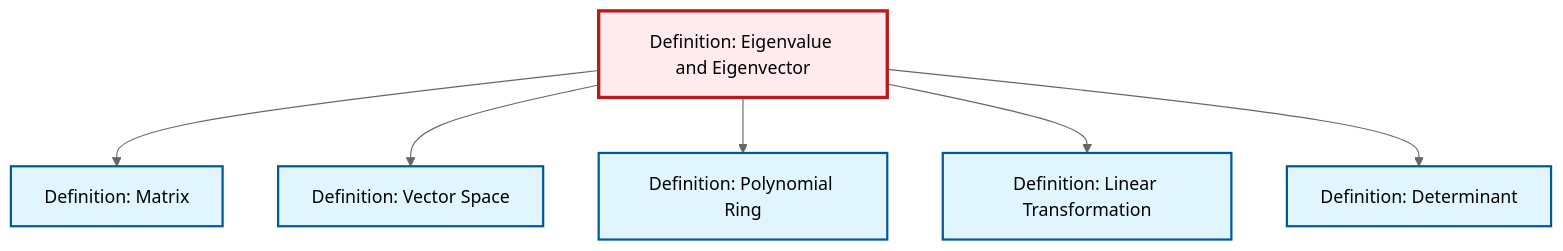
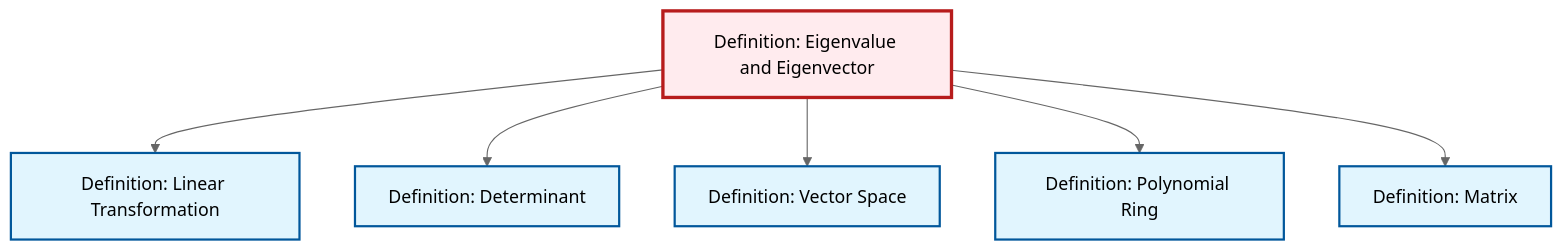
Before and after one commit to RK0429/ModernMath: the diagram in content/ja/algebra/def-eigenvalue-eigenvector.qmd, drawn with Mermaid (neutral theme). The commit also changed other lines of this file and 634 other files, not shown here.

````diff
--- a/content/ja/algebra/def-eigenvalue-eigenvector.qmd
+++ b/content/ja/algebra/def-eigenvalue-eigenvector.qmd
@@ -77,26 +77,26 @@
 ```{mermaid}
 %%| fig-cap: "Local dependency graph"
 graph TD
     classDef definition fill:#e1f5fe,stroke:#01579b,stroke-width:2px
     classDef theorem fill:#f3e5f5,stroke:#4a148c,stroke-width:2px
     classDef axiom fill:#fff3e0,stroke:#e65100,stroke-width:2px
     classDef example fill:#e8f5e9,stroke:#1b5e20,stroke-width:2px
     classDef current fill:#ffebee,stroke:#b71c1c,stroke-width:3px
+    def-eigenvalue-eigenvector["Definition: Eigenvalue and Eigenvector"]:::definition
     def-determinant["Definition: Determinant"]:::definition
-    def-eigenvalue-eigenvector["Definition: Eigenvalue and Eigenvector"]:::definition
     def-linear-transformation["Definition: Linear Transformation"]:::definition
-    def-polynomial-ring["Definition: Polynomial Ring"]:::definition
     def-matrix["Definition: Matrix"]:::definition
     def-vector-space["Definition: Vector Space"]:::definition
-    def-eigenvalue-eigenvector --> def-matrix
+    def-polynomial-ring["Definition: Polynomial Ring"]:::definition
+    def-eigenvalue-eigenvector --> def-linear-transformation
+    def-eigenvalue-eigenvector --> def-determinant
     def-eigenvalue-eigenvector --> def-vector-space
     def-eigenvalue-eigenvector --> def-polynomial-ring
-    def-eigenvalue-eigenvector --> def-linear-transformation
-    def-eigenvalue-eigenvector --> def-determinant
+    def-eigenvalue-eigenvector --> def-matrix
     class def-eigenvalue-eigenvector current
     click def-determinant "def-determinant.html" "Definition: Determinantへ"
     click def-linear-transformation "def-linear-transformation.html" "Definition: Linear Transformationへ"
-    click def-polynomial-ring "def-polynomial-ring.html" "Definition: Polynomial Ringへ"
     click def-matrix "def-matrix.html" "Definition: Matrixへ"
     click def-vector-space "def-vector-space.html" "Definition: Vector Spaceへ"
+    click def-polynomial-ring "def-polynomial-ring.html" "Definition: Polynomial Ringへ"
 ```
````
